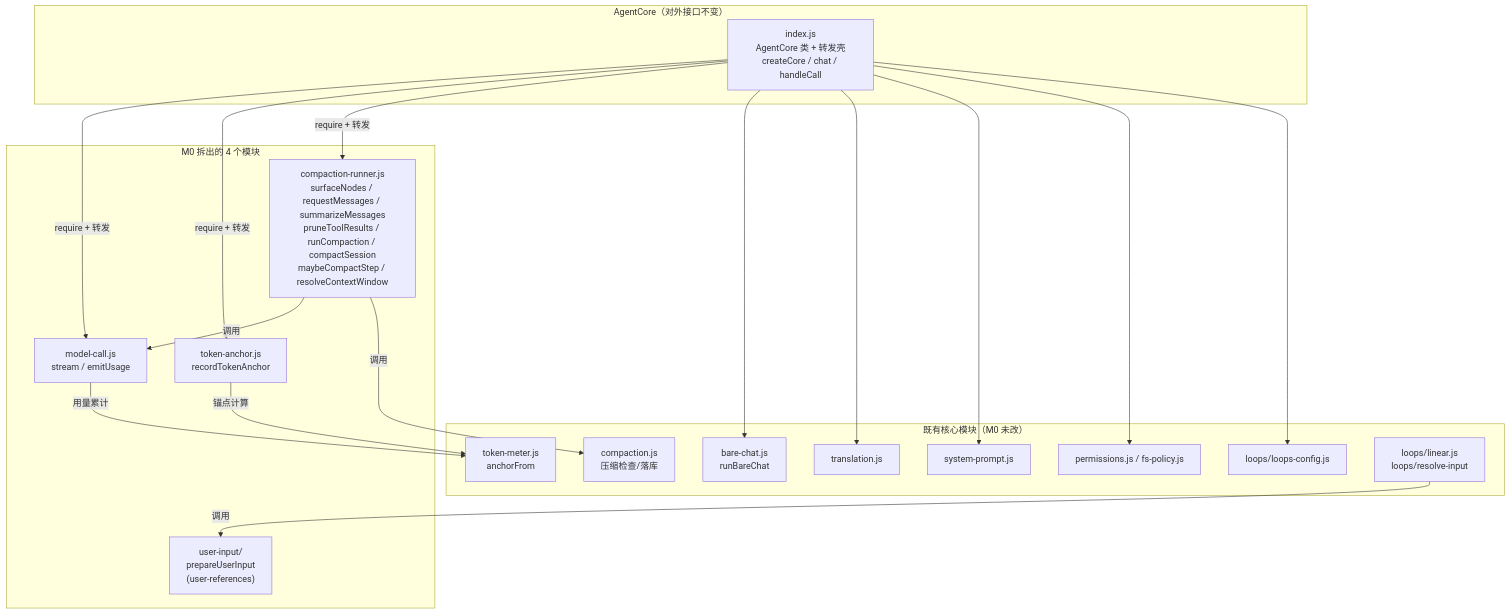
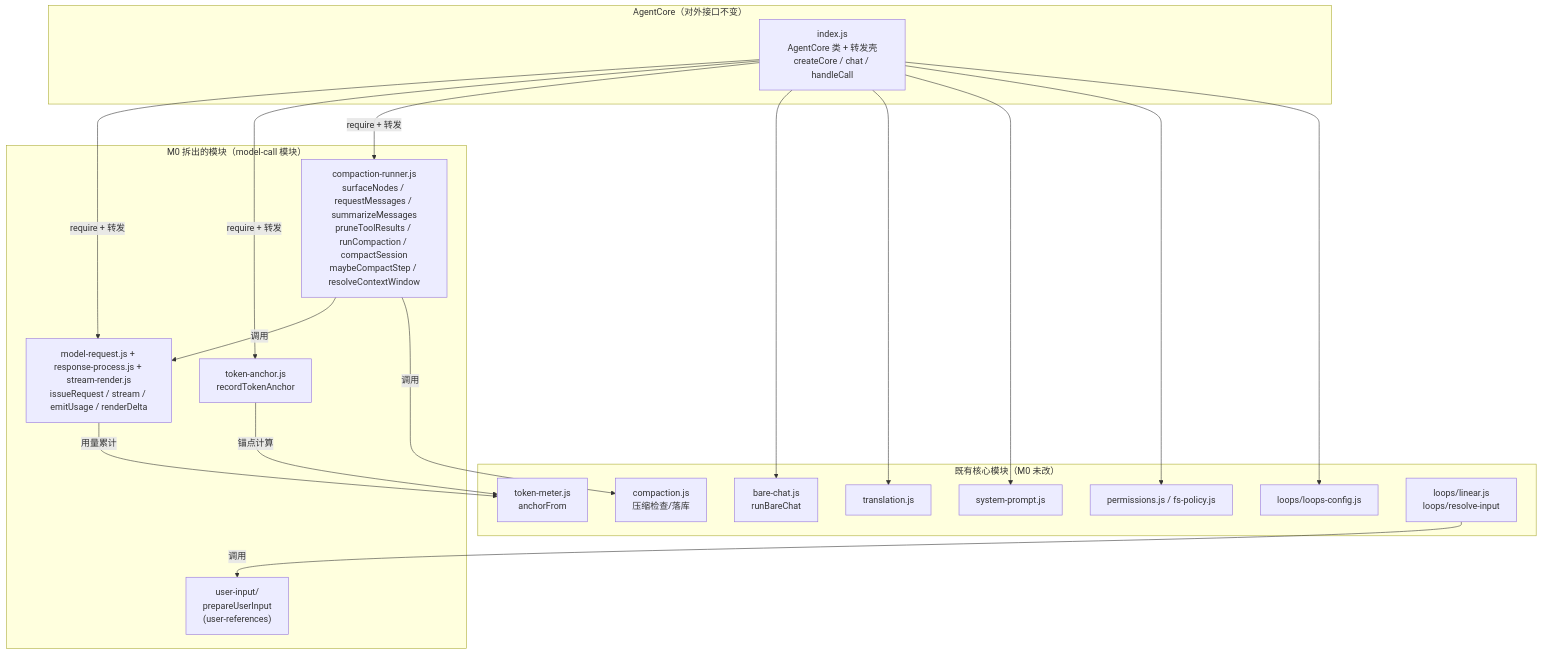
One commit to wingdever/agent changed the first of 2 diagrams in docs/dev/core.md. Above: the diagram before and after it, drawn with Mermaid. The commit also changed other lines of this file and 10 other files, not shown here.

Commit message:
model-call module

````diff
--- a/docs/dev/core.md
+++ b/docs/dev/core.md
@@ -7,39 +7,39 @@
 ```mermaid
 graph TD
     subgraph AgentCore["AgentCore（对外接口不变）"]
         IDX["index.js<br/>AgentCore 类 + 转发壳<br/>createCore / chat / handleCall"]
     end
 
-    subgraph M0拆分["M0 拆出的 4 个模块"]
-        STREAM["model-call.js<br/>stream / emitUsage"]
+    subgraph M0拆分["M0 拆出的模块（model-call 模块）"]
+        STREAM["model-request.js + response-process.js + stream-render.js<br/>issueRequest / stream / emitUsage / renderDelta"]
         USERIN["user-input/<br/>prepareUserInput<br/>(user-references)"]
         TANCHOR["token-anchor.js<br/>recordTokenAnchor"]
         CRUN["compaction-runner.js<br/>surfaceNodes / requestMessages / summarizeMessages<br/>pruneToolResults / runCompaction / compactSession<br/>maybeCompactStep / resolveContextWindow"]
     end
 
     subgraph 既有依赖["既有核心模块（M0 未改）"]
         COMP["compaction.js<br/>压缩检查/落库"]
         TMETER["token-meter.js<br/>anchorFrom"]
         BCHAT["bare-chat.js<br/>runBareChat"]
         TRANS["translation.js"]
         SYSP["system-prompt.js"]
         PERM["permissions.js / fs-policy.js"]
         LOOPS["loops/loops-config.js"]
         LINEAR["loops/linear.js<br/>loops/resolve-input"]
     end
 
     IDX -->|require + 转发| STREAM
     IDX -->|require + 转发| TANCHOR
     IDX -->|require + 转发| CRUN
     LINEAR -->|调用| USERIN
 
     CRUN -->|调用| STREAM
     CRUN -->|调用| COMP
     STREAM -->|用量累计| TMETER
     TANCHOR -->|锚点计算| TMETER
     IDX --> BCHAT
     IDX --> TRANS
     IDX --> SYSP
     IDX --> PERM
     IDX --> LOOPS
 ```
````
